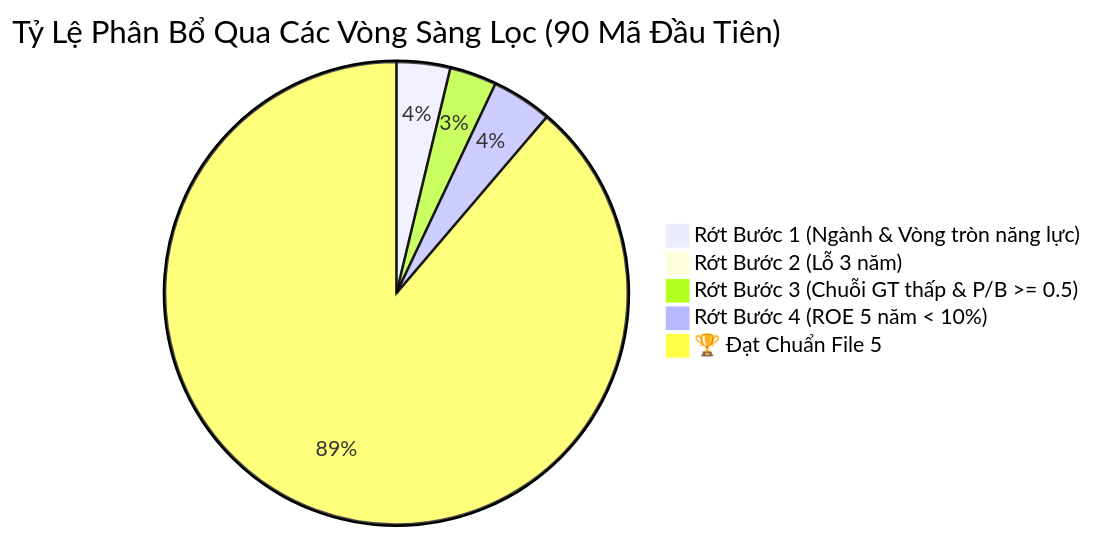
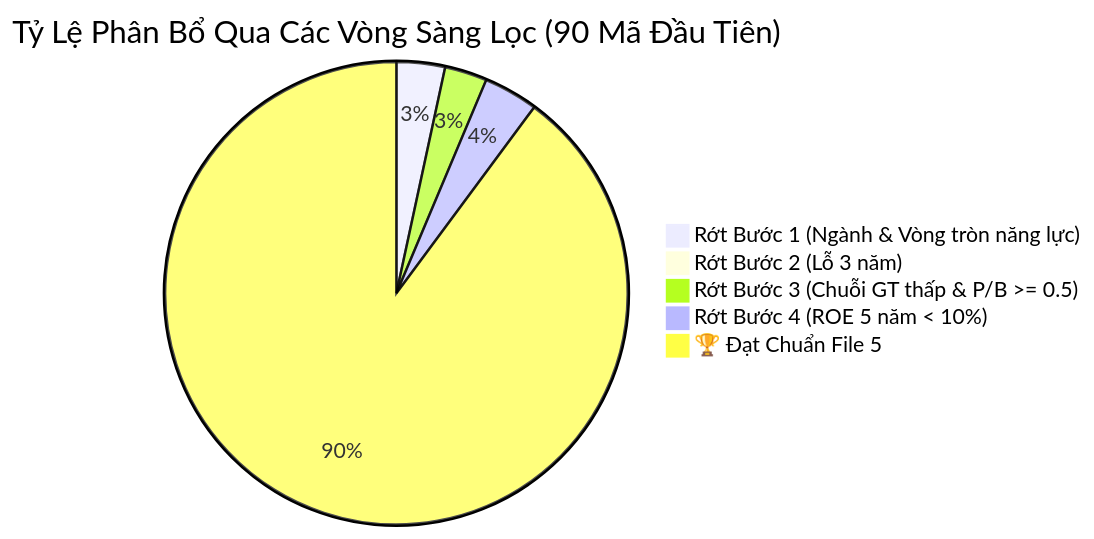
One commit to lenhan1102/pdf-analyzer changed the diagram in screenings/screening_dashboard.md. Above: the diagram before and after it, drawn with Mermaid. The commit also changed other lines of this file and 8 other files, not shown here.

````diff
--- a/screenings/screening_dashboard.md
+++ b/screenings/screening_dashboard.md
@@ -9,8 +9,8 @@
 ```mermaid
 pie title Tỷ Lệ Phân Bổ Qua Các Vòng Sàng Lọc (90 Mã Đầu Tiên)
     "Rớt Bước 1 (Ngành & Vòng tròn năng lực)" : 16
     "Rớt Bước 2 (Lỗ 3 năm)" : 1
     "Rớt Bước 3 (Chuỗi GT thấp & P/B >= 0.5)" : 14
     "Rớt Bước 4 (ROE 5 năm < 10%)" : 18
-    "🏆 Đạt Chuẩn File 5" : 379
+    "🏆 Đạt Chuẩn File 5" : 425
 ```
````
